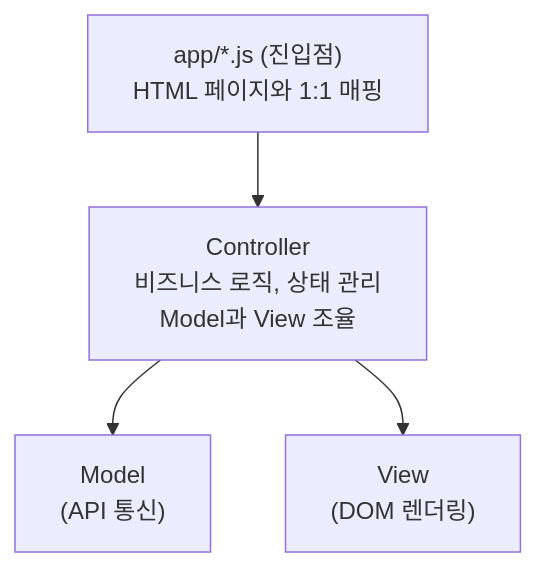
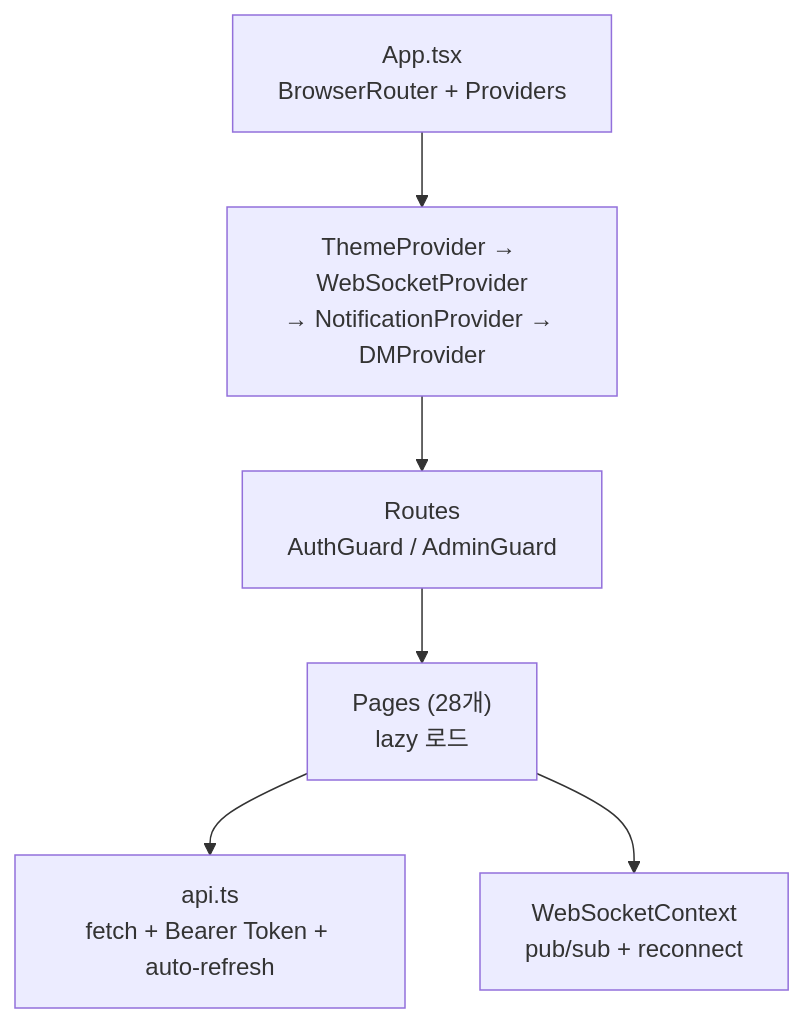
One commit to revenantonthemission/2-cho-community-fe changed the diagram in README.md. Above: the diagram before and after it, drawn with Mermaid. The commit also changed other lines of this file and 1 other file, not shown here.

````diff
--- a/README.md
+++ b/README.md
@@ -29,11 +23,15 @@
 ```mermaid
 flowchart TD
-    Entry["app/*.js (진입점)<br/>HTML 페이지와 1:1 매핑"]
-    Controller["Controller<br/>비즈니스 로직, 상태 관리<br/>Model과 View 조율"]
-    Model["Model<br/>(API 통신)"]
-    View["View<br/>(DOM 렌더링)"]
+    App["App.tsx<br/>BrowserRouter + Providers"]
+    Providers["ThemeProvider → WebSocketProvider<br/>→ NotificationProvider → DMProvider"]
+    Routes["Routes<br/>AuthGuard / AdminGuard"]
+    Pages["Pages (28개)<br/>lazy 로드"]
+    API["api.ts<br/>fetch + Bearer Token + auto-refresh"]
+    WS["WebSocketContext<br/>pub/sub + reconnect"]
 
-    Entry --> Controller
-    Controller --> Model
-    Controller --> View
+    App --> Providers
+    Providers --> Routes
+    Routes --> Pages
+    Pages --> API
+    Pages --> WS
 ```
````
